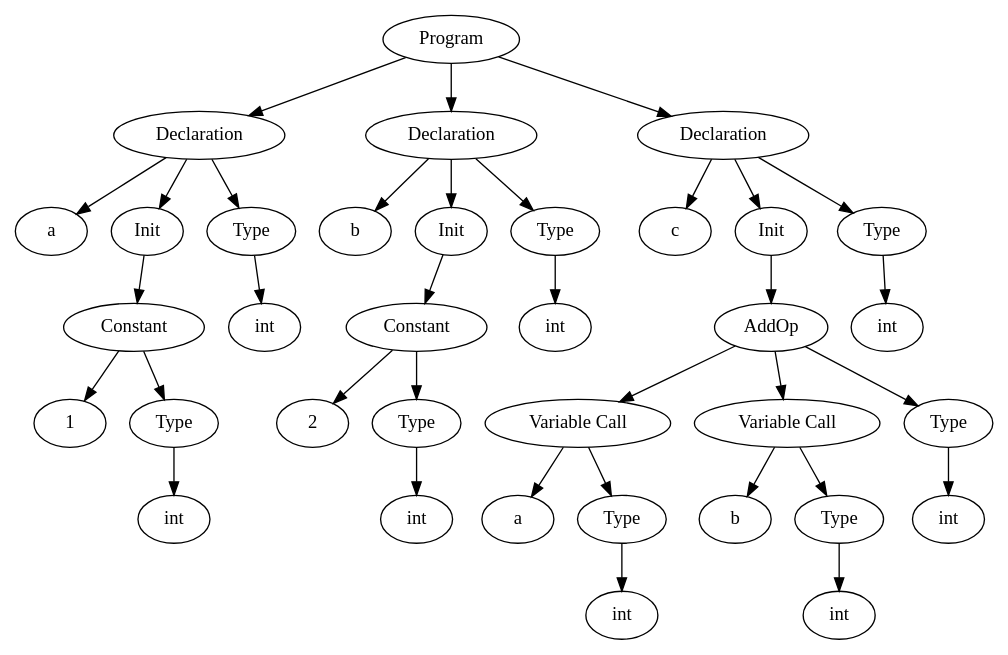
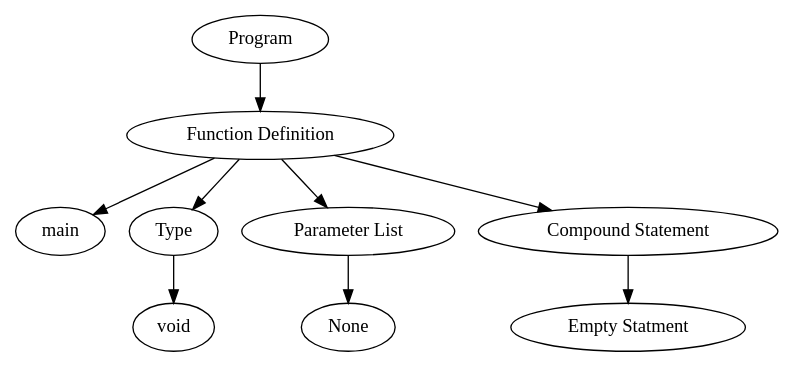
One commit to ChaseCarthen/CS660-Compiler-Construction changed the diagram in graph.dot. Above: the diagram before and after it, drawn with Graphviz. The commit also changed 3 other files, not shown here.

```diff
--- a/graph.dot
+++ b/graph.dot
@@ -1,21 +1,6 @@
 digraph parse_tree {
-{gv100000[label="Program"]}->{{gv100002[label="Declaration"]}}{gv100002[label="Declaration"]}->{gv100005[label="a"] gv100001[label="Init"] gv100003[label="Type"]};
-{gv100001[label="Init"]}->{gv100006[label="Constant"]};
-{gv100006[label="Constant"]}->{gv100007[label="1"]};
-{gv100006[label="Constant"]}->{gv100008[label="Type"]}{gv100008[label="Type"]}->{gv100009[label="int"]};
-{gv100003[label="Type"]}->{gv100004[label="int"]};
-{gv100000[label="Program"]}->{{gv100011[label="Declaration"]}}{gv100011[label="Declaration"]}->{gv100014[label="b"] gv100010[label="Init"] gv100012[label="Type"]};
-{gv100010[label="Init"]}->{gv100015[label="Constant"]};
-{gv100015[label="Constant"]}->{gv100016[label="2"]};
-{gv100015[label="Constant"]}->{gv100017[label="Type"]}{gv100017[label="Type"]}->{gv100018[label="int"]};
-{gv100012[label="Type"]}->{gv100013[label="int"]};
-{gv100000[label="Program"]}->{{gv100020[label="Declaration"]}}{gv100020[label="Declaration"]}->{gv100023[label="c"] gv100019[label="Init"] gv100021[label="Type"]};
-{gv100019[label="Init"]}->{gv100024[label="AddOp"]};
-{gv100024[label="AddOp"]}->{gv100025[label="Variable Call"] gv100029[label="Variable Call"] gv100033[label="Type"]}
-;{gv100025[label="Variable Call"]}->{gv100026[label="a"] gv100027[label="Type"]};
-{gv100027[label="Type"]}->{gv100028[label="int"]};
-{gv100029[label="Variable Call"]}->{gv100030[label="b"] gv100031[label="Type"]};
-{gv100031[label="Type"]}->{gv100032[label="int"]};
-{gv100033[label="Type"]}->{gv100034[label="int"]};
-{gv100021[label="Type"]}->{gv100022[label="int"]};
+{gv100000[label="Program"]}->{gv100007[label="Function Definition"]}{gv100007[label="Function Definition"]}->{gv100008[label="main"] gv100001[label="Type"] gv100003[label="Parameter List"] gv100005[label="Compound Statement"]};
+{gv100001[label="Type"]}->{gv100002[label="void"]};
+{gv100003[label="Parameter List"]}->{gv100004[label="None"]};
+{gv100005[label="Compound Statement"]}->{gv100006[label="Empty Statment"]};
 }
```
